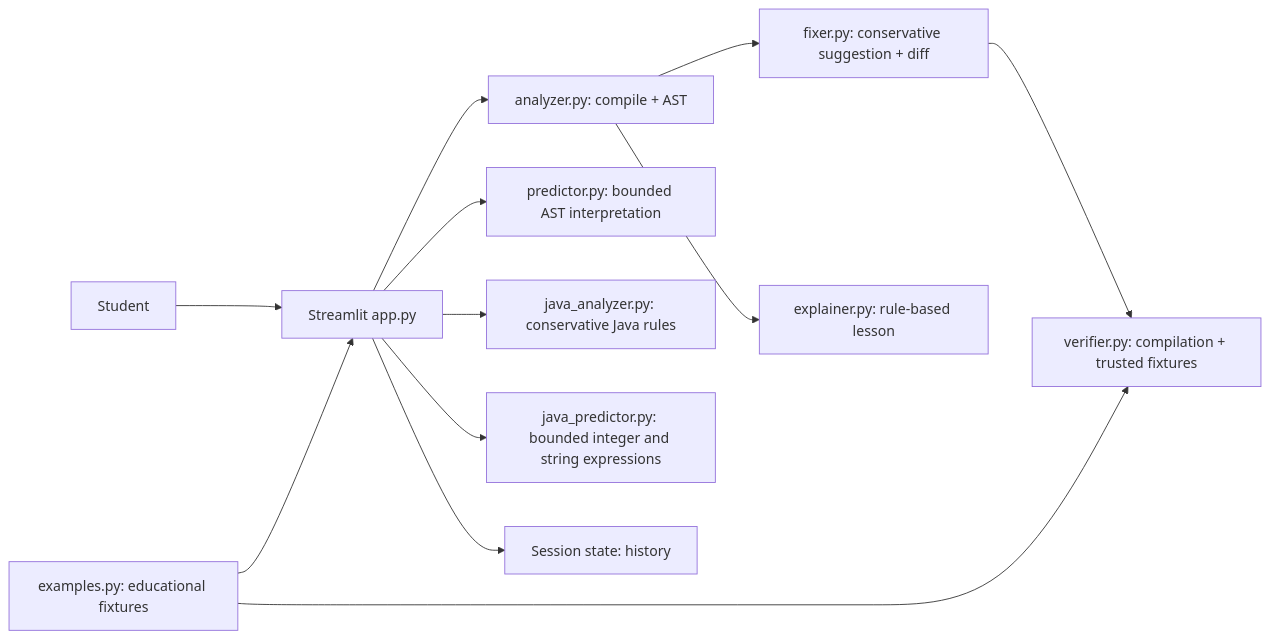
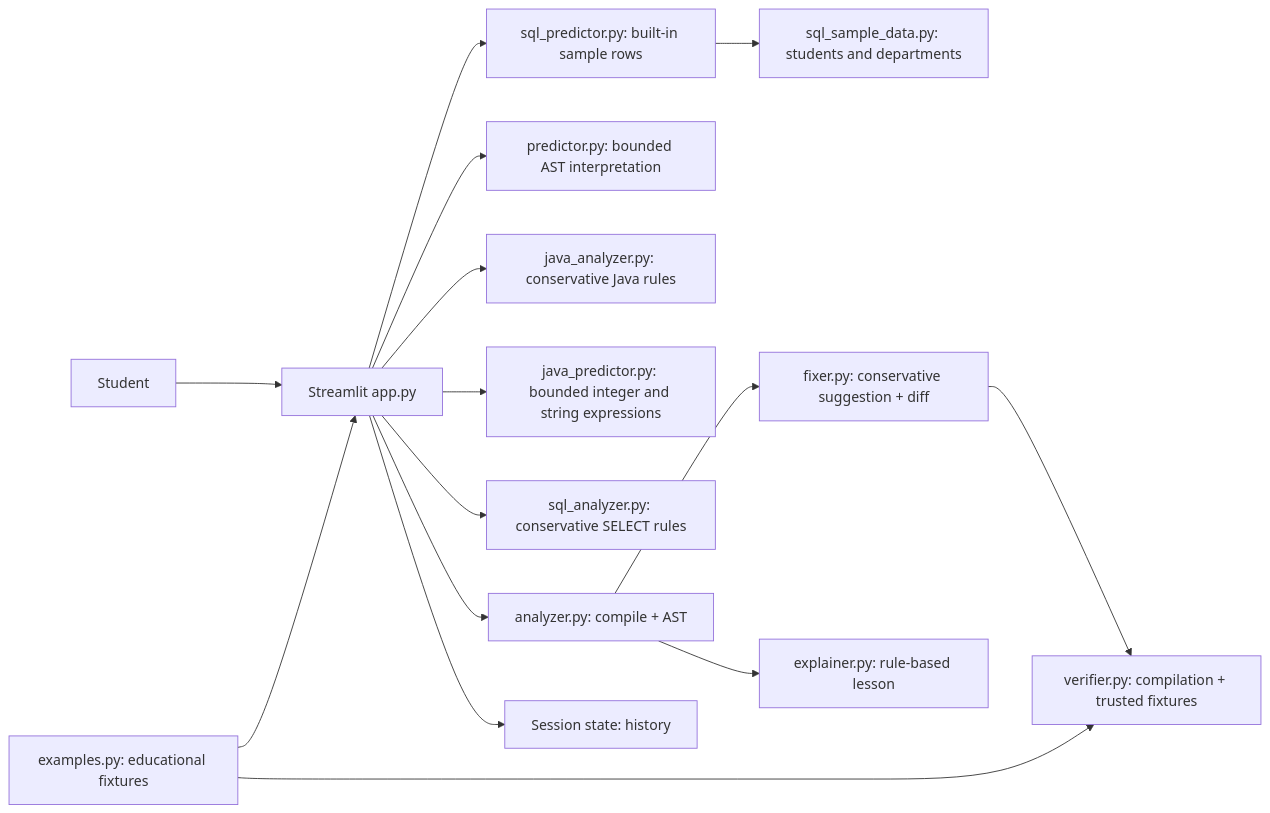
The diagram in README.md (yogeshprofessional4518-ai/bugwise-ai), drawn with Mermaid before and after one commit. The commit also changed other lines of this file and 9 other files, not shown here.

Commit message:
Add SQL analysis and sample data prediction

````diff
--- a/README.md
+++ b/README.md
@@ -38,14 +40,17 @@
 ```mermaid
 flowchart LR
     U[Student] --> UI[Streamlit app.py]
     UI --> A[analyzer.py: compile + AST]
     UI --> P[predictor.py: bounded AST interpretation]
     UI --> J[java_analyzer.py: conservative Java rules]
     UI --> JP[java_predictor.py: bounded integer and string expressions]
+    UI --> S[sql_analyzer.py: conservative SELECT rules]
+    UI --> SX[sql_predictor.py: built-in sample rows]
+    SX --> SD[sql_sample_data.py: students and departments]
     A --> F[fixer.py: conservative suggestion + diff]
     A --> E[explainer.py: rule-based lesson]
     F --> V[verifier.py: compilation + trusted fixtures]
     X[examples.py: educational fixtures] --> UI
     X --> V
     UI --> H[Session state: history]
 ```
````
